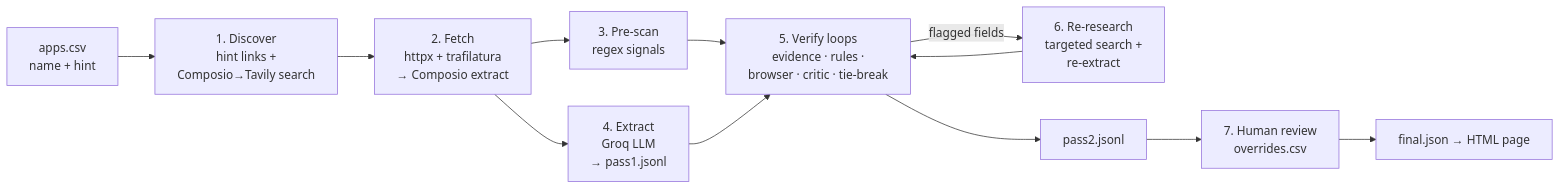
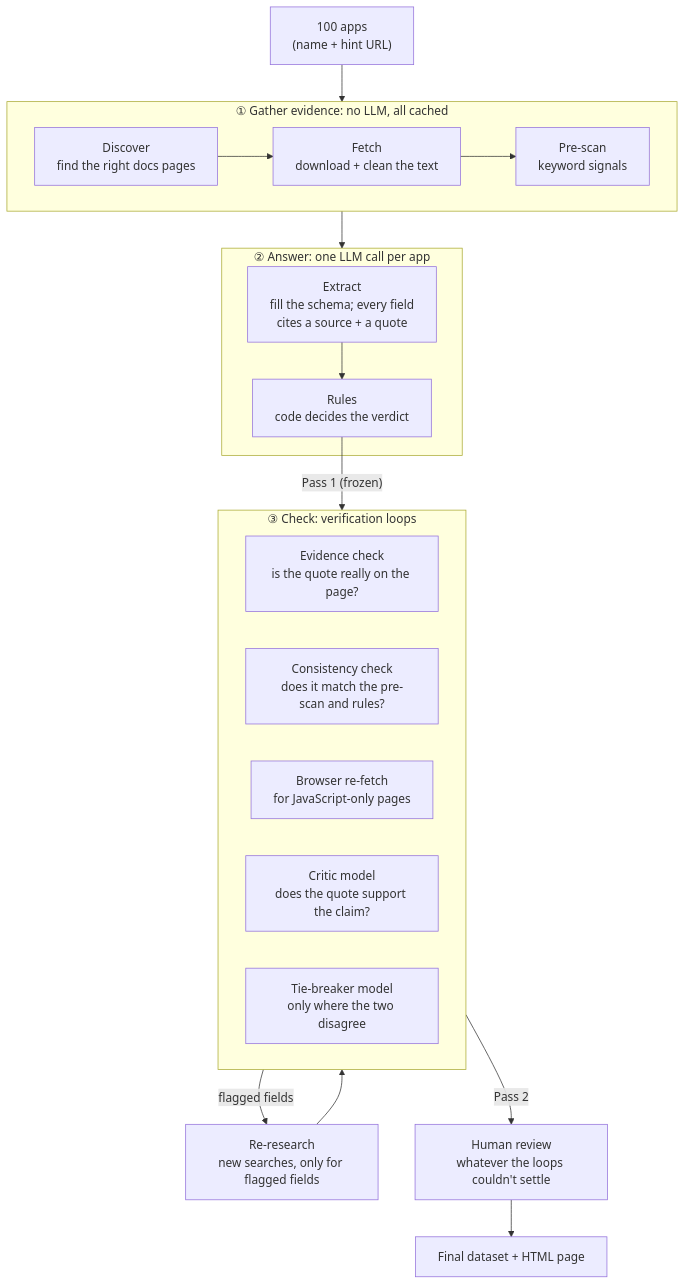
One commit to VedDonda/research-agent changed the diagram in README.md. Above: the diagram before and after it, drawn with Mermaid. The commit also changed other lines of this file and 17 other files, not shown here.

Commit message:
Pass 1 (86/100), verification loops + Pass 2, scores, patterns and final page

````diff
--- a/README.md
+++ b/README.md
@@ -87,14 +13,34 @@
 ```mermaid
-flowchart LR
-    A[apps.csv<br/>name + hint] --> B[1. Discover<br/>hint links +<br/>Composio→Tavily search]
-    B --> C[2. Fetch<br/>httpx + trafilatura<br/>→ Composio extract]
-    C --> D[3. Pre-scan<br/>regex signals]
-    C --> E[4. Extract<br/>Groq LLM<br/>→ pass1.jsonl]
-    D --> F
-    E --> F[5. Verify loops<br/>evidence · rules ·<br/>browser · critic · tie-break]
-    F -->|flagged fields| G[6. Re-research<br/>targeted search +<br/>re-extract]
-    G --> F
-    F --> H[pass2.jsonl]
-    H --> I[7. Human review<br/>overrides.csv]
-    I --> J[final.json → HTML page]
+flowchart TD
+    IN["100 apps<br/>(name + hint URL)"]
+
+    subgraph GATHER["① Gather evidence: no LLM, all cached"]
+        D["Discover<br/>find the right docs pages"]
+        F["Fetch<br/>download + clean the text"]
+        P["Pre-scan<br/>keyword signals"]
+        D --> F --> P
+    end
+
+    subgraph ANSWER["② Answer: one LLM call per app"]
+        E["Extract<br/>fill the schema; every field<br/>cites a source + a quote"]
+        R["Rules<br/>code decides the verdict"]
+        E --> R
+    end
+
+    subgraph CHECK["③ Check: verification loops"]
+        V1["Evidence check<br/>is the quote really on the page?"]
+        V2["Consistency check<br/>does it match the pre-scan and rules?"]
+        V3["Browser re-fetch<br/>for JavaScript-only pages"]
+        V4["Critic model<br/>does the quote support the claim?"]
+        V5["Tie-breaker model<br/>only where the two disagree"]
+    end
+
+    RR["Re-research<br/>new searches, only for flagged fields"]
+    H["Human review<br/>whatever the loops couldn't settle"]
+    OUT["Final dataset + HTML page"]
+
+    IN --> GATHER --> ANSWER
+    R -->|"Pass 1 (frozen)"| CHECK
+    CHECK -->|"flagged fields"| RR --> CHECK
+    CHECK -->|"Pass 2"| H --> OUT
 ```
````
